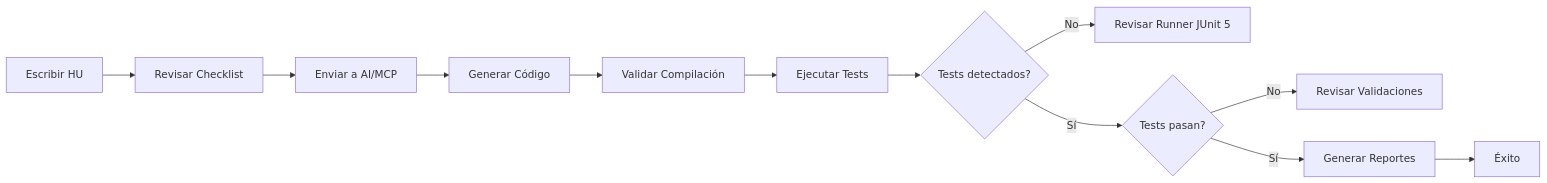
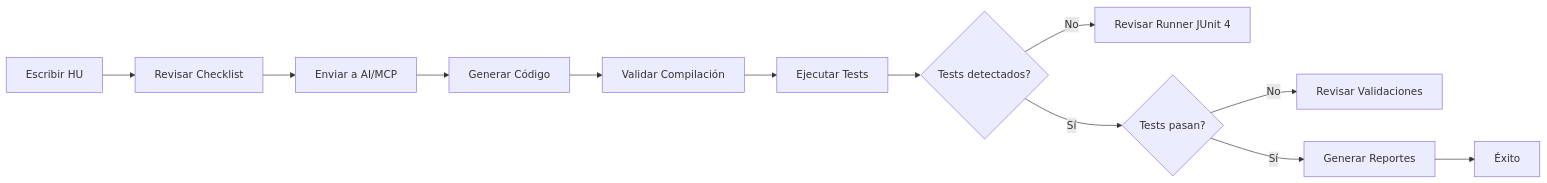
Before and after one commit to xt9116/mcp: the diagram in documentos/ejemplos/README.md, drawn with Mermaid. The commit also changed other lines of this file and 6 other files, not shown here.

````diff
--- a/documentos/ejemplos/README.md
+++ b/documentos/ejemplos/README.md
@@ -217,14 +221,14 @@
 ```mermaid
 graph LR
     A[Escribir HU] --> B[Revisar Checklist]
     B --> C[Enviar a AI/MCP]
     C --> D[Generar Código]
     D --> E[Validar Compilación]
     E --> F[Ejecutar Tests]
     F --> G{Tests detectados?}
-    G -->|No| H[Revisar Runner JUnit 5]
+    G -->|No| H[Revisar Runner JUnit 4]
     G -->|Sí| I{Tests pasan?}
     I -->|No| J[Revisar Validaciones]
     I -->|Sí| K[Generar Reportes]
     K --> L[Éxito]
 ```
````
